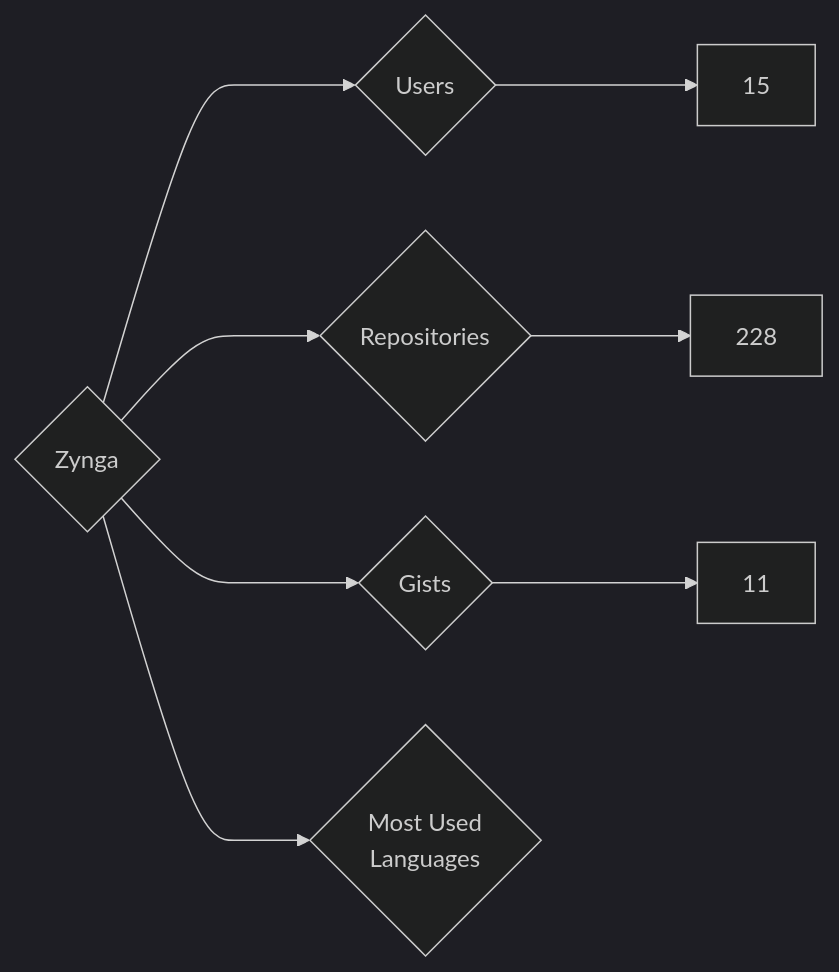
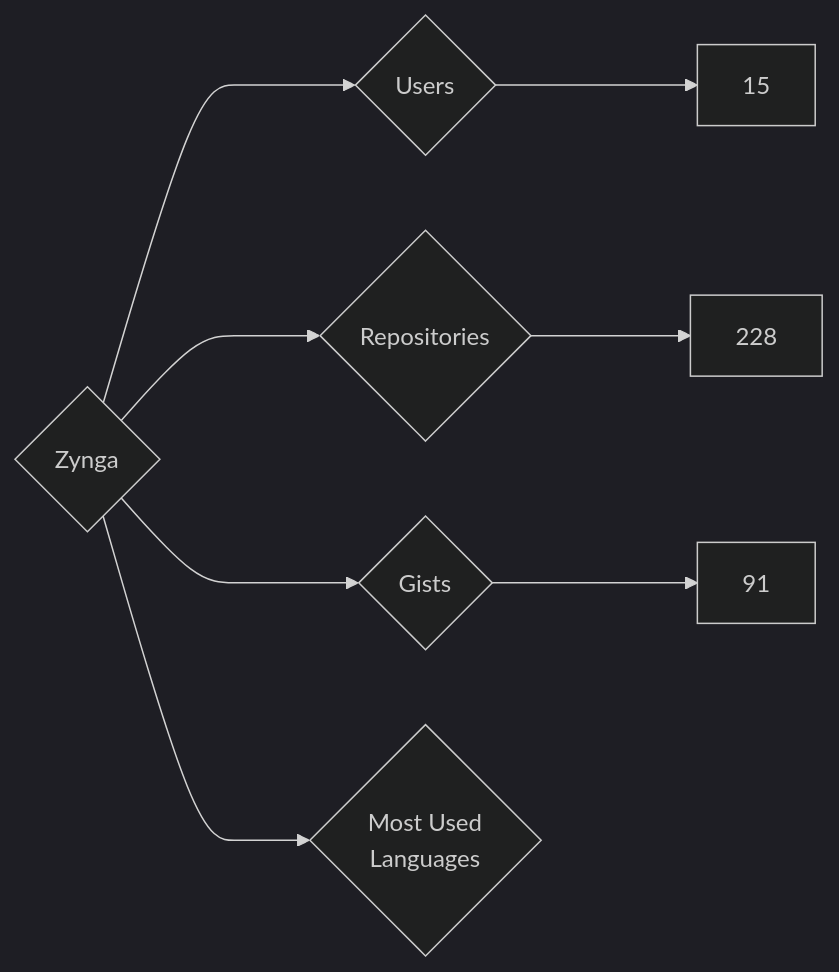
The diagram in targets/Zynga/README.md (nenadzaric/insiders), drawn with Mermaid (dark theme) before and after one commit. The commit also changed 1342 other files, not shown here.

````diff
--- a/targets/Zynga/README.md
+++ b/targets/Zynga/README.md
@@ -3,8 +3,8 @@
 ```mermaid
 graph LR
 COMPANY_NAME{Zynga}
 COMPANY_NAME ---> U{Users} ---> UN[15]
 COMPANY_NAME ---> R{Repositories} ---> RN[228]
-COMPANY_NAME ---> G{Gists} ---> GN[11]
+COMPANY_NAME ---> G{Gists} ---> GN[91]
 COMPANY_NAME ---> ML{Most Used<br>Languages}
 ```
````
